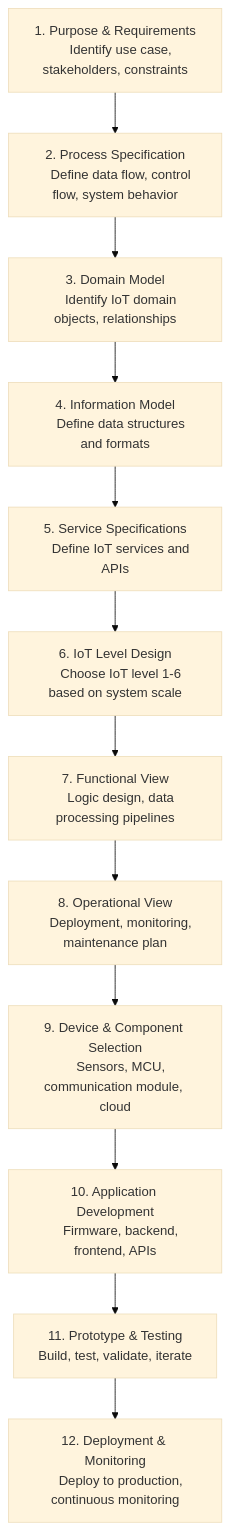
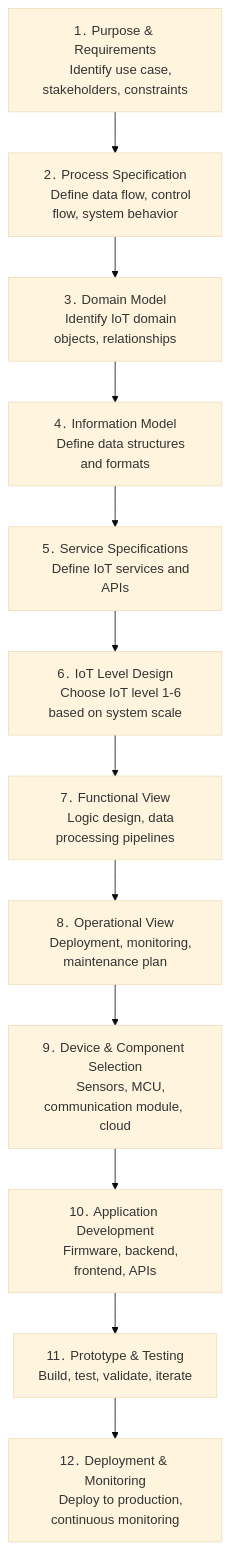
Before and after one commit to lazgaming70/IOT-CIA-1: the fourth of 13 diagrams in Unofficial-QB/Unofficial-QB-Claude-Ans.md, drawn with Mermaid (base theme).

Commit message:
Fixed "unsupported markdown list" error in mermaidjs code block
By replacing normal full stop after numbers with a unicode "․"

````diff
--- a/Unofficial-QB/Unofficial-QB-Claude-Ans.md
+++ b/Unofficial-QB/Unofficial-QB-Claude-Ans.md
@@ -596,26 +596,26 @@
 ```mermaid
 flowchart TD
-    A[1. Purpose & Requirements
-    Identify use case, stakeholders, constraints] --> B[2. Process Specification
+    A[1․ Purpose & Requirements
+    Identify use case, stakeholders, constraints] --> B[2․ Process Specification
     Define data flow, control flow, system behavior]
-    B --> C[3. Domain Model
+    B --> C[3․ Domain Model
     Identify IoT domain objects, relationships]
-    C --> D[4. Information Model
+    C --> D[4․ Information Model
     Define data structures and formats]
-    D --> E[5. Service Specifications
+    D --> E[5․ Service Specifications
     Define IoT services and APIs]
-    E --> F[6. IoT Level Design
+    E --> F[6․ IoT Level Design
     Choose IoT level 1-6 based on system scale]
-    F --> G[7. Functional View
+    F --> G[7․ Functional View
     Logic design, data processing pipelines]
-    G --> H[8. Operational View
+    G --> H[8․ Operational View
     Deployment, monitoring, maintenance plan]
-    H --> I[9. Device & Component Selection
+    H --> I[9․ Device & Component Selection
     Sensors, MCU, communication module, cloud]
-    I --> J[10. Application Development
+    I --> J[10․ Application Development
     Firmware, backend, frontend, APIs]
-    J --> K[11. Prototype & Testing
+    J --> K[11․ Prototype & Testing
     Build, test, validate, iterate]
-    K --> L[12. Deployment & Monitoring
+    K --> L[12․ Deployment & Monitoring
     Deploy to production, continuous monitoring]
 ```
````
